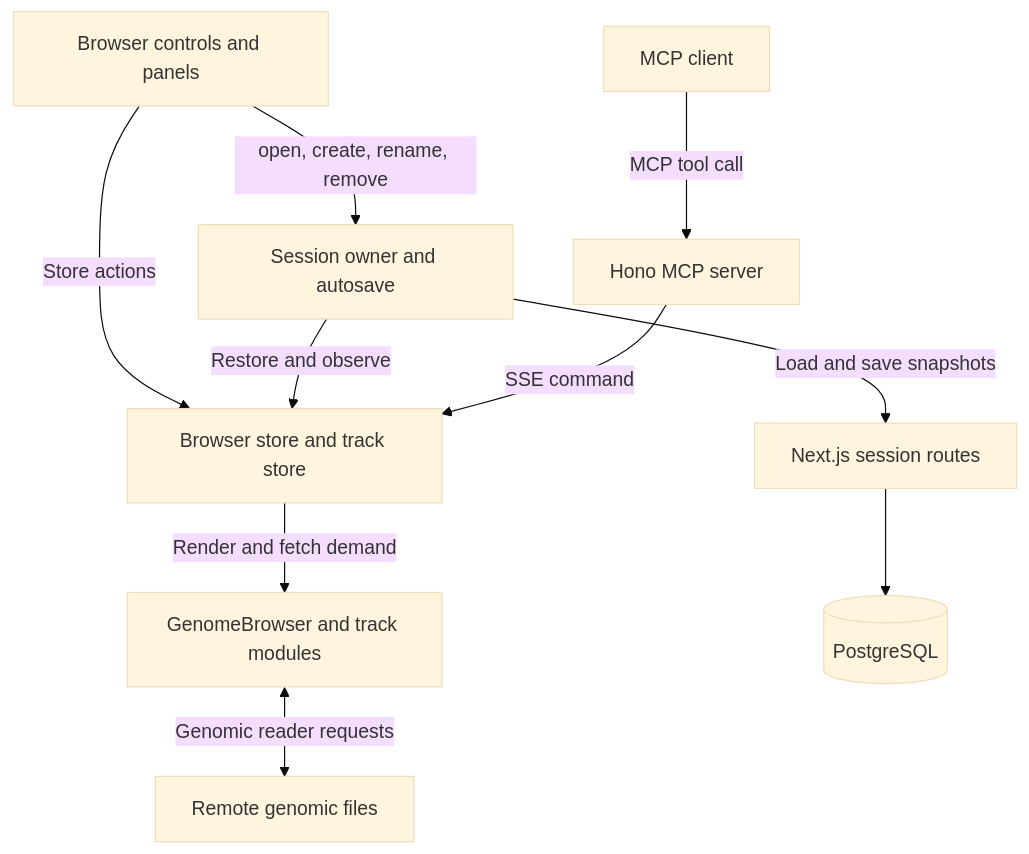
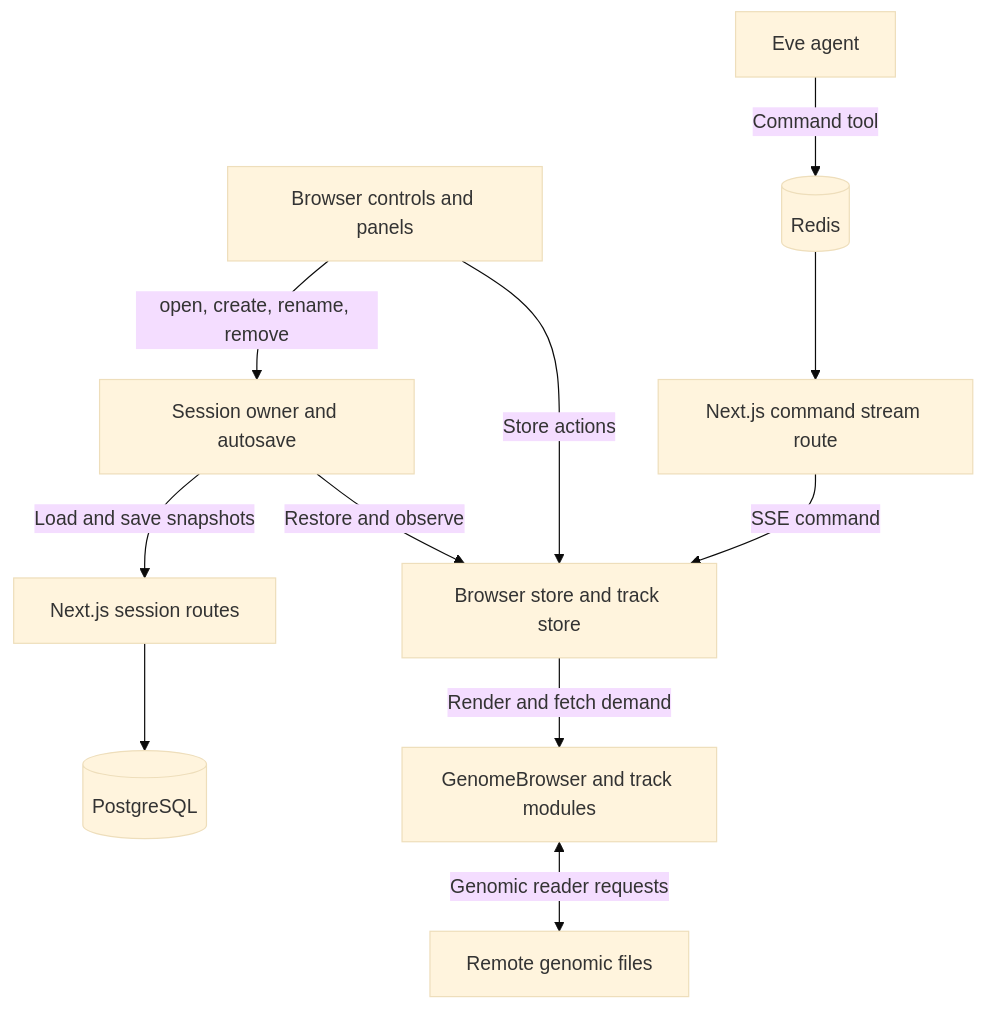
Before and after one commit to weng-lab/genomebrowser: the first of 3 diagrams in apps/web/docs/02-guides/dataFlow.md, drawn with Mermaid (base theme). The commit also changed other lines of this file and 84 other files, not shown here.

First line of the commit message:
Run agent commands as Eve tools through a Redis relay

````diff
--- a/apps/web/docs/02-guides/dataFlow.md
+++ b/apps/web/docs/02-guides/dataFlow.md
@@ -23,20 +23,21 @@
 ```mermaid
 flowchart TD
   UI[Browser controls and panels]
-  Agent[MCP client]
+  Agent[Eve agent]
   Owner[Session owner and autosave]
   Stores[Browser store and track store]
   View[GenomeBrowser and track modules]
   Files[Remote genomic files]
   Routes[Next.js session routes]
   DB[(PostgreSQL)]
-  MCP[Hono MCP server]
+  Relay[(Redis)]
+  Stream[Next.js command stream route]
   UI -->|Store actions| Stores
   UI -->|open, create, rename, remove| Owner
   Owner -->|Restore and observe| Stores
   Owner -->|Load and save snapshots| Routes --> DB
-  Agent -->|MCP tool call| MCP
-  MCP -->|SSE command| Stores
+  Agent -->|Command tool| Relay --> Stream
+  Stream -->|SSE command| Stores
   Stores -->|Render and fetch demand| View
   View <-->|Genomic reader requests| Files
 ```
````
